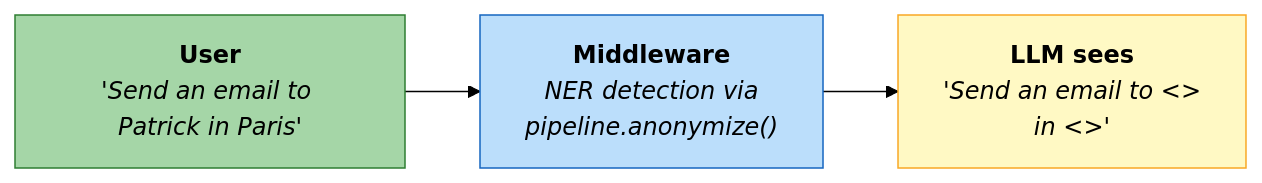
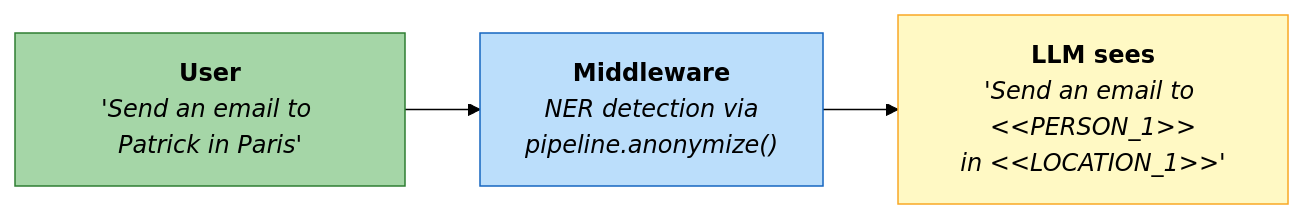
One commit to Athroniaeth/piighost changed the second of 4 diagrams in docs/en/examples/langchain.md. Above: the diagram before and after it, drawn with Mermaid (forest theme). The commit also changed other lines of this file and 1 other file, not shown here.

First line of the commit message:
docs(langchain): escape angle brackets in Mermaid placeholders

````diff
--- a/docs/en/examples/langchain.md
+++ b/docs/en/examples/langchain.md
@@ -178,17 +178,17 @@
 ```mermaid
 flowchart LR
     classDef user fill:#A5D6A7,stroke:#2E7D32,color:#000
     classDef mw fill:#BBDEFB,stroke:#1565C0,color:#000
     classDef llm fill:#FFF9C4,stroke:#F9A825,color:#000
 
     U["`**User**
     _'Send an email to Patrick in Paris'_`"]:::user
     M["`**Middleware**
     _NER detection via_
     _pipeline.anonymize()_`"]:::mw
     L["`**LLM sees**
-    _'Send an email to <<PERSON_1>>_
-    _in <<LOCATION_1>>'_`"]:::llm
+    _'Send an email to &lt;&lt;PERSON_1&gt;&gt;_
+    _in &lt;&lt;LOCATION_1&gt;&gt;'_`"]:::llm
 
     U --> M --> L
 ```
````
